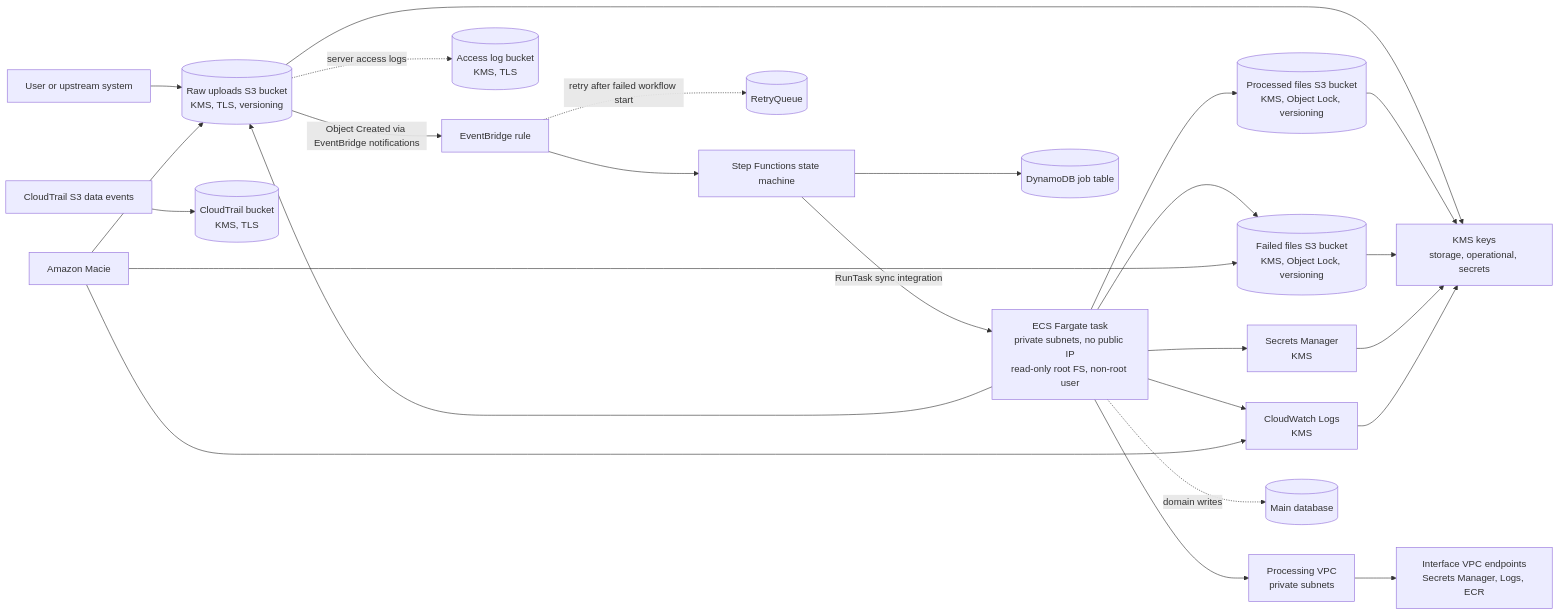
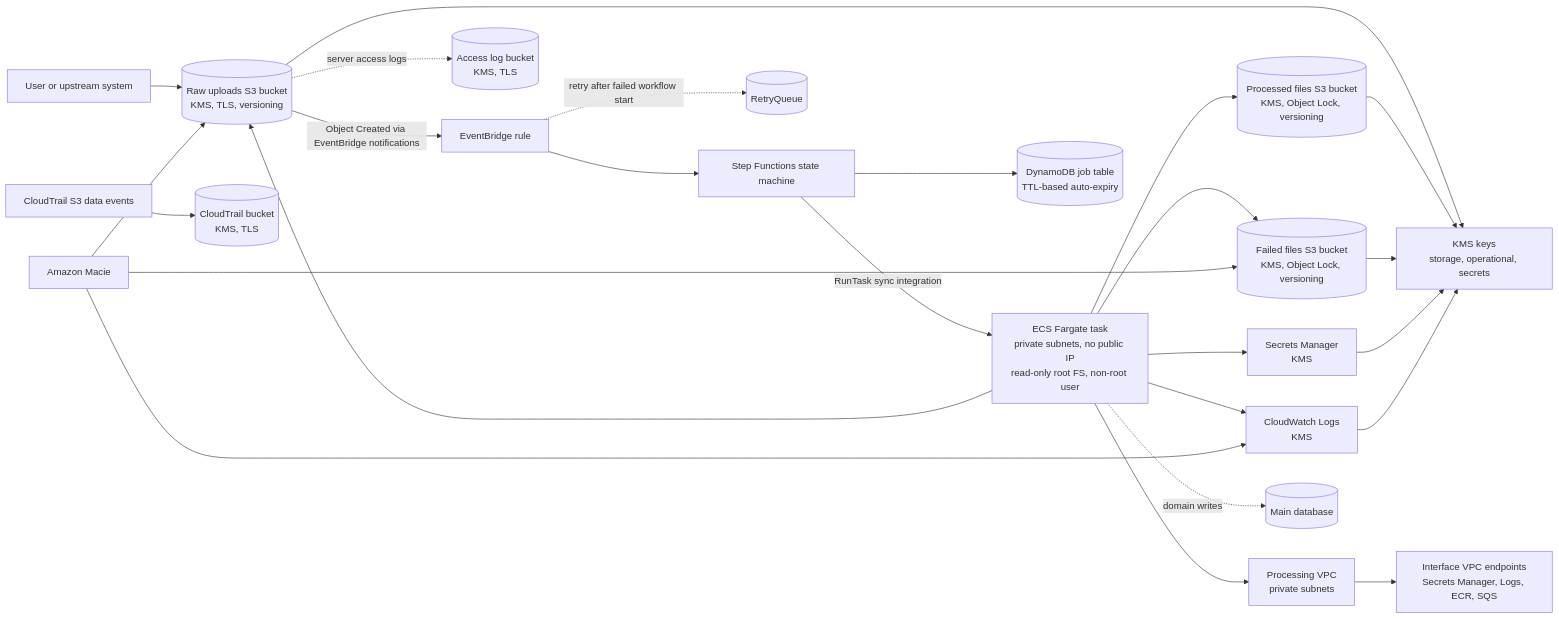
The diagram in README.md (tukue/data-processing-infrastructure), drawn with Mermaid before and after one commit. The commit also changed other lines of this file and 8 other files, not shown here.

````diff
--- a/README.md
+++ b/README.md
@@ -9,27 +22,27 @@
 ```mermaid
 flowchart LR
     user[User or upstream system] --> raw[(Raw uploads S3 bucket<br/>KMS, TLS, versioning)]
     raw -->|Object Created via EventBridge notifications| rule[EventBridge rule]
     raw -. server access logs .-> accessLogs[(Access log bucket<br/>KMS, TLS)]
     rule --> sfn[Step Functions state machine]
     sfn -->|RunTask sync integration| ecs[ECS Fargate task<br/>private subnets, no public IP<br/>read-only root FS, non-root user]
     ecs --> raw
     ecs --> processed[(Processed files S3 bucket<br/>KMS, Object Lock, versioning)]
     ecs --> failed[(Failed files S3 bucket<br/>KMS, Object Lock, versioning)]
     ecs --> secrets[Secrets Manager<br/>KMS]
     ecs --> logs[CloudWatch Logs<br/>KMS]
     ecs --> vpc[Processing VPC<br/>private subnets]
-    vpc --> endpoints[Interface VPC endpoints<br/>Secrets Manager, Logs, ECR]
+    vpc --> endpoints[Interface VPC endpoints<br/>Secrets Manager, Logs, ECR, SQS]
     trail[CloudTrail S3 data events] --> cloudtrailBucket[(CloudTrail bucket<br/>KMS, TLS)]
     raw --> kms[KMS keys<br/>storage, operational, secrets]
     processed --> kms
     failed --> kms
     secrets --> kms
     logs --> kms
-    sfn --> jobs[(DynamoDB job table)]
+    sfn --> jobs[(DynamoDB job table<br/>TTL-based auto-expiry)]
     rule -. retry after failed workflow start .-> retry[(RetryQueue)]
     macie[Amazon Macie] --> logs
     macie --> raw
     macie --> failed
     ecs -. domain writes .-> db[(Main database)]
 ```
````
